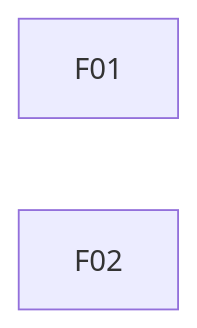
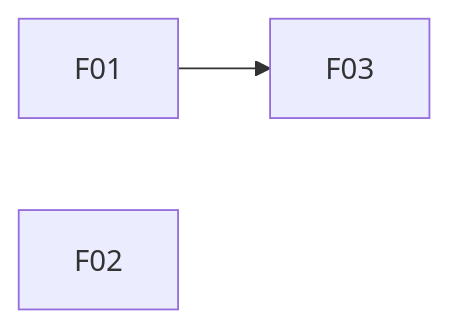
One commit to ZJUCao/troy-mode-trial changed the diagram in docs/requirements.md. Above: the diagram before and after it, drawn with Mermaid. The commit also changed other lines of this file and 2 other files, not shown here.

````diff
--- a/docs/requirements.md
+++ b/docs/requirements.md
@@ -49,5 +57,5 @@
 ```mermaid
 flowchart LR
-  F01
+  F01 --> F03
   F02
 ```
````
